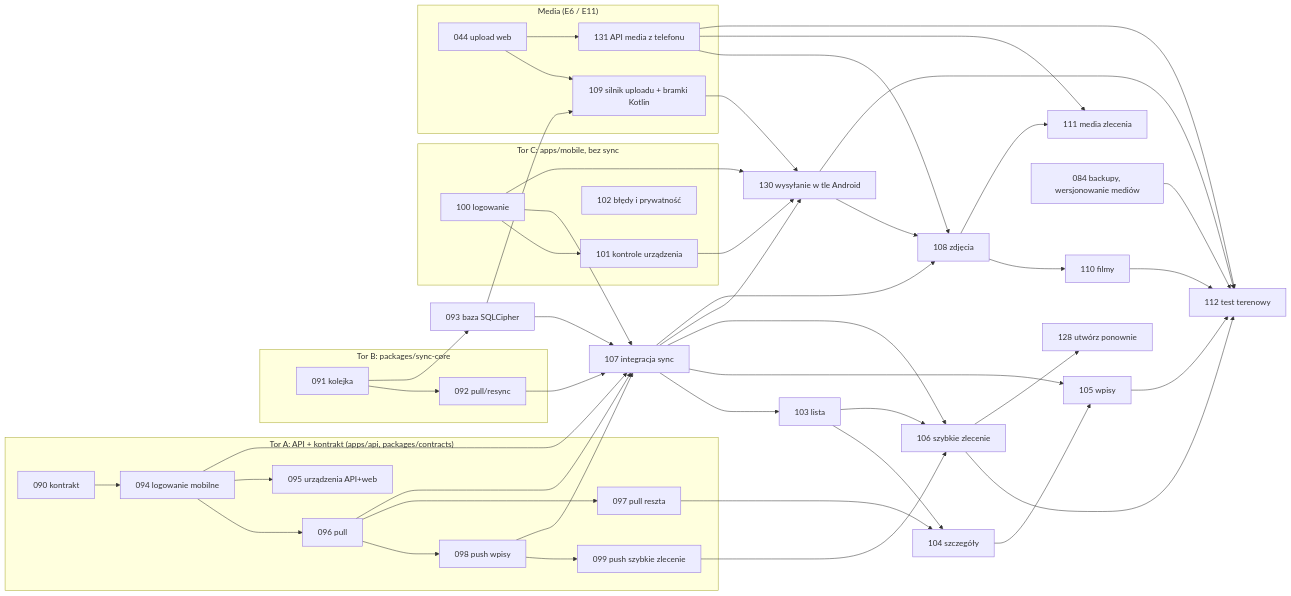
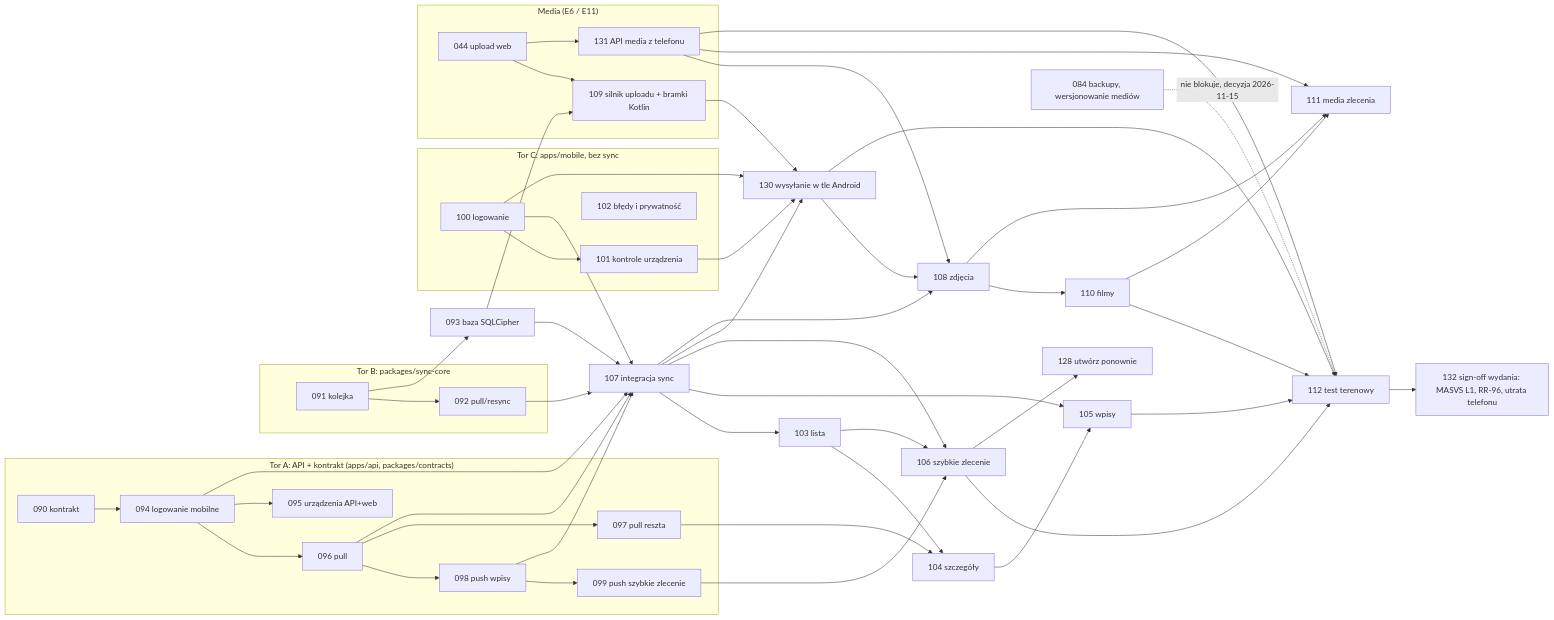
Before and after one commit to konradkluz/evia-manager: the diagram in docs/backlog/M2/README.md, drawn with Mermaid. The commit also changed other lines of this file and 142 other files, not shown here.

````diff
--- a/docs/backlog/M2/README.md
+++ b/docs/backlog/M2/README.md
@@ -63,37 +64,38 @@
 ```mermaid
 flowchart LR
   subgraph A["Tor A: API + kontrakt (apps/api, packages/contracts)"]
     E090[090 kontrakt] --> E094[094 logowanie mobilne]
     E094 --> E096[096 pull]
     E096 --> E098[098 push wpisy]
     E094 --> E095[095 urządzenia API+web]
     E096 --> E097[097 pull reszta]
     E098 --> E099[099 push szybkie zlecenie]
   end
   subgraph B["Tor B: packages/sync-core"]
     E091[091 kolejka] --> E092[092 pull/resync]
   end
   subgraph C["Tor C: apps/mobile, bez sync"]
     E100[100 logowanie] --> E101[101 kontrole urządzenia]
     E102[102 błędy i prywatność]
   end
   E091 --> E093[093 baza SQLCipher]
   E092 & E093 & E094 & E096 & E098 & E100 --> E107[107 integracja sync]
   E107 --> E103[103 lista] --> E104[104 szczegóły]
   E097 --> E104
   E104 & E107 --> E105[105 wpisy]
   E099 & E103 & E107 --> E106[106 szybkie zlecenie]
   subgraph E6["Media (E6 / E11)"]
     E044[044 upload web] --> E109[109 silnik uploadu + bramki Kotlin]
     E044 --> E131[131 API media z telefonu]
   end
   E093 --> E109
   E109 & E100 & E101 & E107 --> E130[130 wysyłanie w tle Android]
   E107 & E130 & E131 --> E108[108 zdjęcia]
   E108 --> E110[110 filmy] --> E112[112 test terenowy]
-  E108 & E131 --> E111[111 media zlecenia]
-  E084[084 backupy, wersjonowanie mediów] --> E112
+  E108 & E110 & E131 --> E111[111 media zlecenia]
+  E084[084 backupy, wersjonowanie mediów] -.->|nie blokuje, decyzja 2026-11-15| E112
   E130 & E131 --> E112
   E105 & E106 --> E112
+  E112 --> E132[132 sign-off wydania: MASVS L1, RR-96, utrata telefonu]
   E106 --> E128[128 utwórz ponownie]
 ```
````
